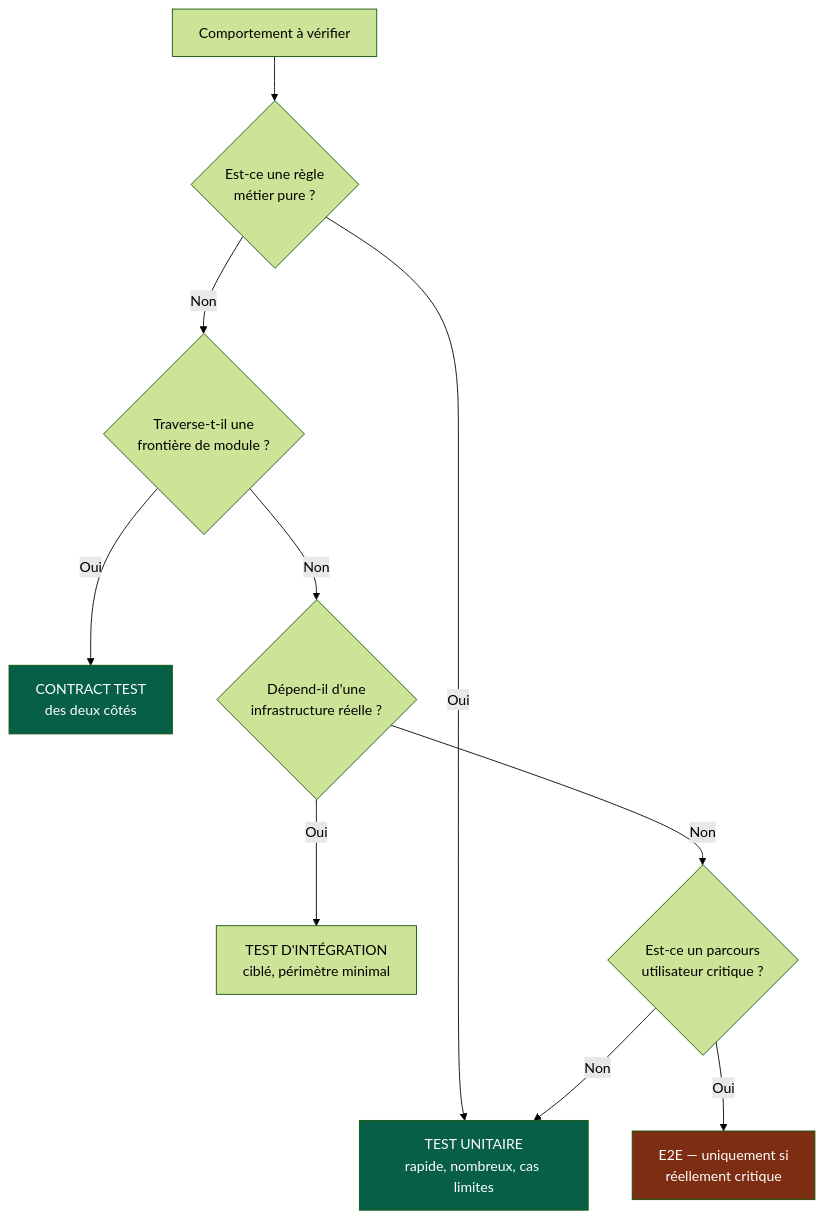
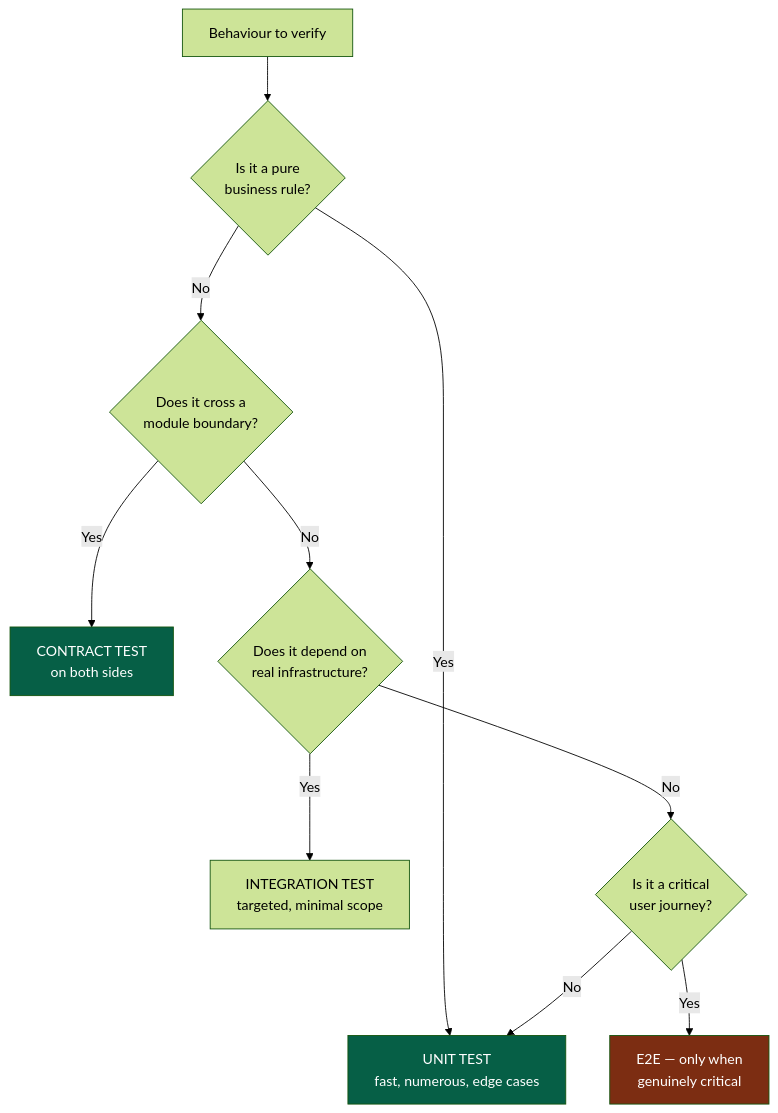
Before and after one commit to NapkinStack/engineering-os: the first of 2 diagrams in skeleton/playbooks/tests.md, drawn with Mermaid (forest theme). The commit also changed other lines of this file and 87 other files, not shown here.

````diff
--- a/skeleton/playbooks/tests.md
+++ b/skeleton/playbooks/tests.md
@@ -14,19 +14,19 @@
 ```mermaid
 flowchart TD
-    A["Comportement à vérifier"] --> B{"Est-ce une règle<br/>métier pure ?"}
-    B -->|Oui| U["TEST UNITAIRE<br/>rapide, nombreux, cas limites"]
-    B -->|Non| C{"Traverse-t-il une<br/>frontière de module ?"}
+    A["Behaviour to verify"] --> B{"Is it a pure<br/>business rule?"}
+    B -->|Yes| U["UNIT TEST<br/>fast, numerous, edge cases"]
+    B -->|No| C{"Does it cross a<br/>module boundary?"}
 
-    C -->|Oui| CT["CONTRACT TEST<br/>des deux côtés"]
-    C -->|Non| D{"Dépend-il d'une<br/>infrastructure réelle ?"}
+    C -->|Yes| CT["CONTRACT TEST<br/>on both sides"]
+    C -->|No| D{"Does it depend on<br/>real infrastructure?"}
 
-    D -->|Oui| I["TEST D'INTÉGRATION<br/>ciblé, périmètre minimal"]
-    D -->|Non| E{"Est-ce un parcours<br/>utilisateur critique ?"}
+    D -->|Yes| I["INTEGRATION TEST<br/>targeted, minimal scope"]
+    D -->|No| E{"Is it a critical<br/>user journey?"}
 
-    E -->|Oui| E2["E2E — uniquement si<br/>réellement critique"]
-    E -->|Non| U
+    E -->|Yes| E2["E2E — only when<br/>genuinely critical"]
+    E -->|No| U
 
     style U fill:#065f46,color:#fff
     style CT fill:#065f46,color:#fff
     style E2 fill:#7c2d12,color:#fff
 ```
````
